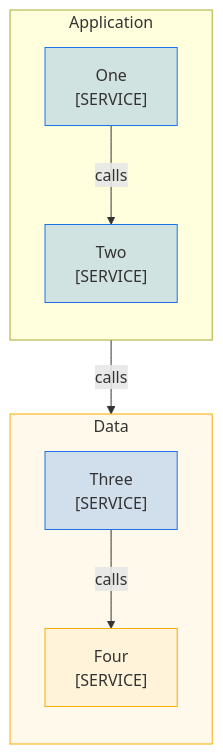
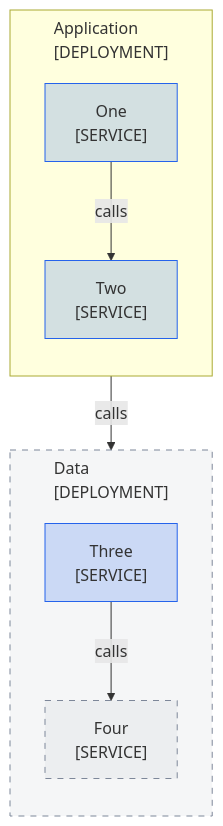
The diagram in skills/docsmith/scripts/fixtures/bad/mmd-color-boundary.md (choonchernlim/skills), drawn with Mermaid before and after one commit. The commit also changed other lines of this file and 127 other files, not shown here.

````diff
--- a/skills/docsmith/scripts/fixtures/bad/mmd-color-boundary.md
+++ b/skills/docsmith/scripts/fixtures/bad/mmd-color-boundary.md
@@ -12,21 +12,22 @@
 ```mermaid
 graph TD
-  subgraph App["Application"]
+  %%{init: {"themeCSS": ".cluster-label, .cluster-label div, .cluster-label span, .cluster-label p { text-align: center !important; }", "flowchart": {"curve": "rounded", "subGraphTitleMargin": {"top": 6, "bottom": 30}}}}%%
+  subgraph App["Application<br/>[DEPLOYMENT]"]
     direction TB
     One["One<br/>[SERVICE]"]
     Two["Two<br/>[SERVICE]"]
   end
-  subgraph Data["Data"]
+  subgraph Data["Data<br/>[DEPLOYMENT]"]
     direction TB
     Three["Three<br/>[SERVICE]"]
     Four["Four<br/>[SERVICE]"]
   end
   One -->|"calls"| Two
   Two -->|"calls"| Three
   Three -->|"calls"| Four
   class One,Two,Three own
   class Four boundary
   class Data boundary
-  classDef own fill:#1a73e833,stroke:#1a73e8
-  classDef boundary fill:#f9ab0014,stroke:#f9ab00
+  classDef own fill:#2563eb33,stroke:#2563eb
+  classDef boundary fill:#7d879914,stroke:#7d8799,stroke-dasharray:6
 ```
````
